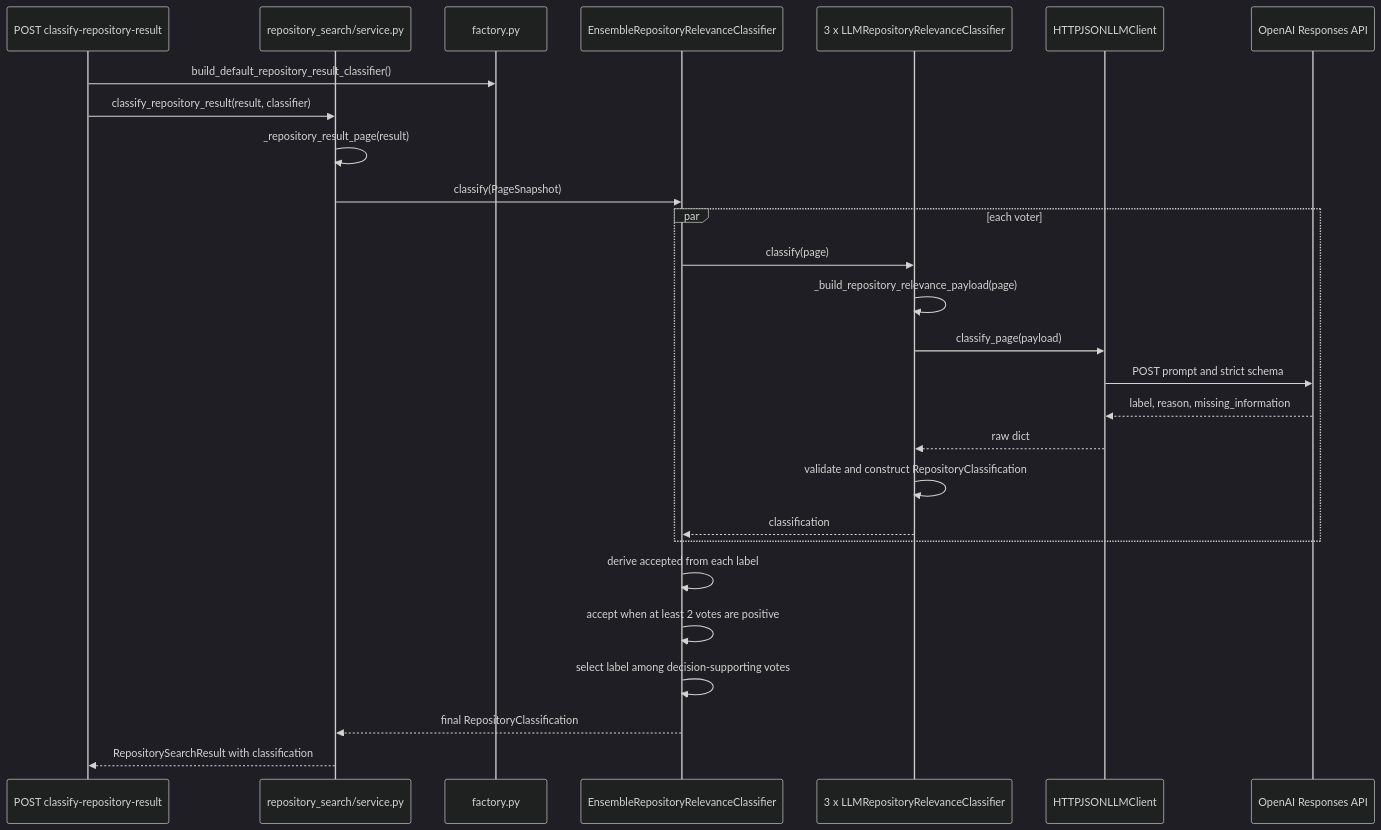
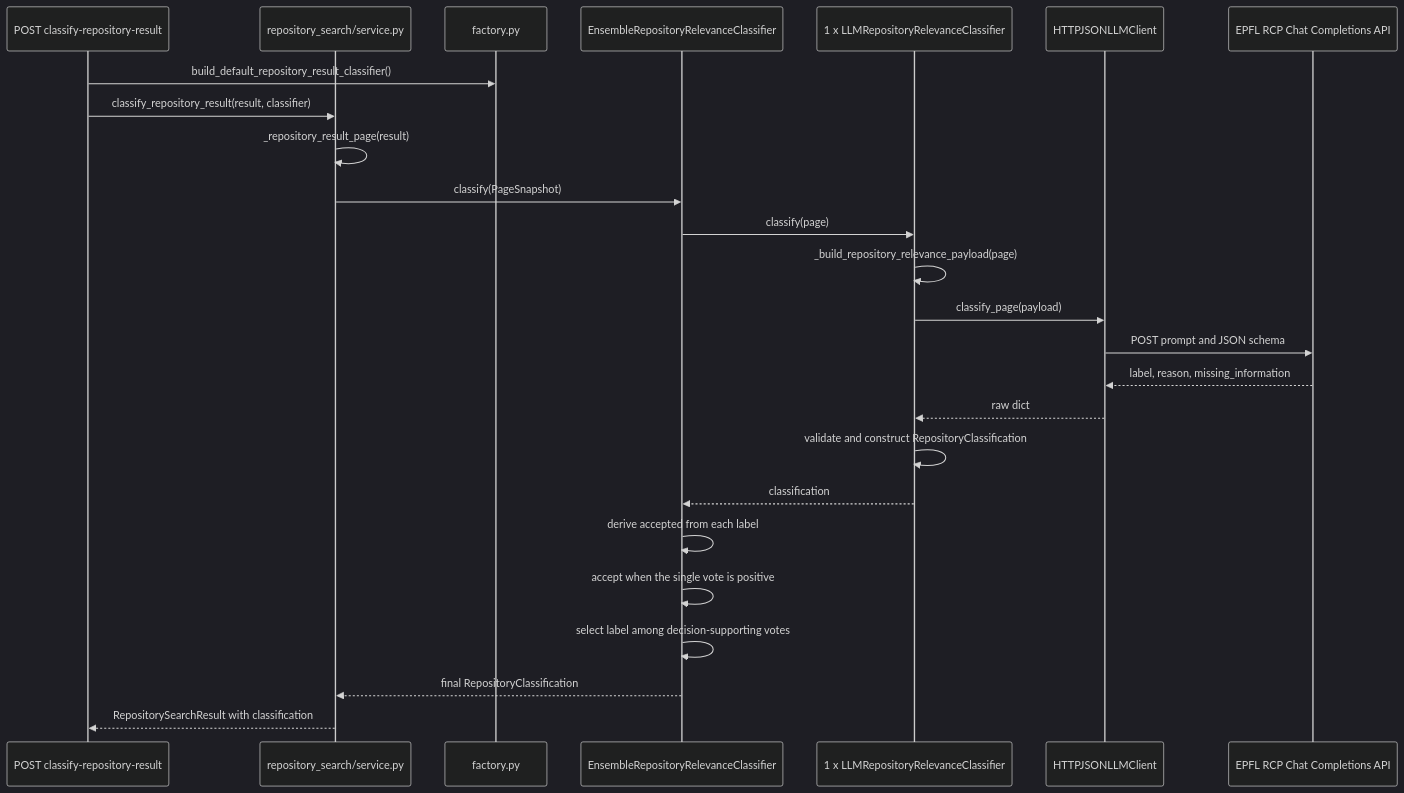
Before and after one commit to nicolasberlin/global-health-dataset-catalog: the fourth of 5 diagrams in docs/classification-architecture.md, drawn with Mermaid (dark theme). The commit also changed other lines of this file and 33 other files, not shown here.

Commit message:
Switch default classifier to EPFL RCP

````diff
--- a/docs/classification-architecture.md
+++ b/docs/classification-architecture.md
@@ -203,30 +202,28 @@
 ```mermaid
 sequenceDiagram
     participant Route as POST classify-repository-result
     participant Service as repository_search/service.py
     participant Factory as factory.py
     participant Ensemble as EnsembleRepositoryRelevanceClassifier
-    participant Voter as 3 x LLMRepositoryRelevanceClassifier
+    participant Voter as 1 x LLMRepositoryRelevanceClassifier
     participant Client as HTTPJSONLLMClient
-    participant API as OpenAI Responses API
+    participant API as EPFL RCP Chat Completions API
 
     Route->>Factory: build_default_repository_result_classifier()
     Route->>Service: classify_repository_result(result, classifier)
     Service->>Service: _repository_result_page(result)
     Service->>Ensemble: classify(PageSnapshot)
-    par each voter
-        Ensemble->>Voter: classify(page)
-        Voter->>Voter: _build_repository_relevance_payload(page)
-        Voter->>Client: classify_page(payload)
-        Client->>API: POST prompt and strict schema
-        API-->>Client: label, reason, missing_information
-        Client-->>Voter: raw dict
-        Voter->>Voter: validate and construct RepositoryClassification
-        Voter-->>Ensemble: classification
-    end
+    Ensemble->>Voter: classify(page)
+    Voter->>Voter: _build_repository_relevance_payload(page)
+    Voter->>Client: classify_page(payload)
+    Client->>API: POST prompt and JSON schema
+    API-->>Client: label, reason, missing_information
+    Client-->>Voter: raw dict
+    Voter->>Voter: validate and construct RepositoryClassification
+    Voter-->>Ensemble: classification
     Ensemble->>Ensemble: derive accepted from each label
-    Ensemble->>Ensemble: accept when at least 2 votes are positive
+    Ensemble->>Ensemble: accept when the single vote is positive
     Ensemble->>Ensemble: select label among decision-supporting votes
     Ensemble-->>Service: final RepositoryClassification
     Service-->>Route: RepositorySearchResult with classification
 ```
````
